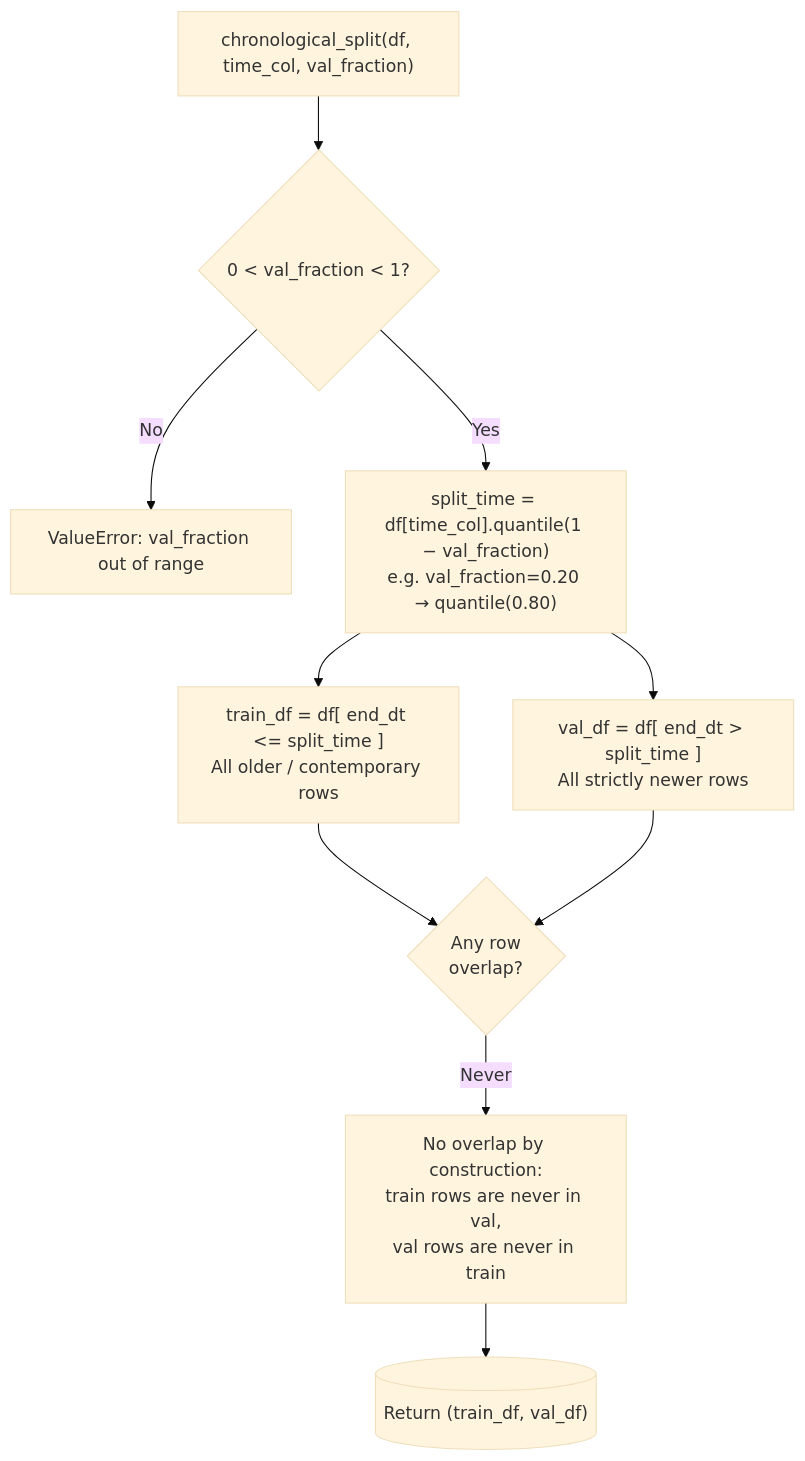
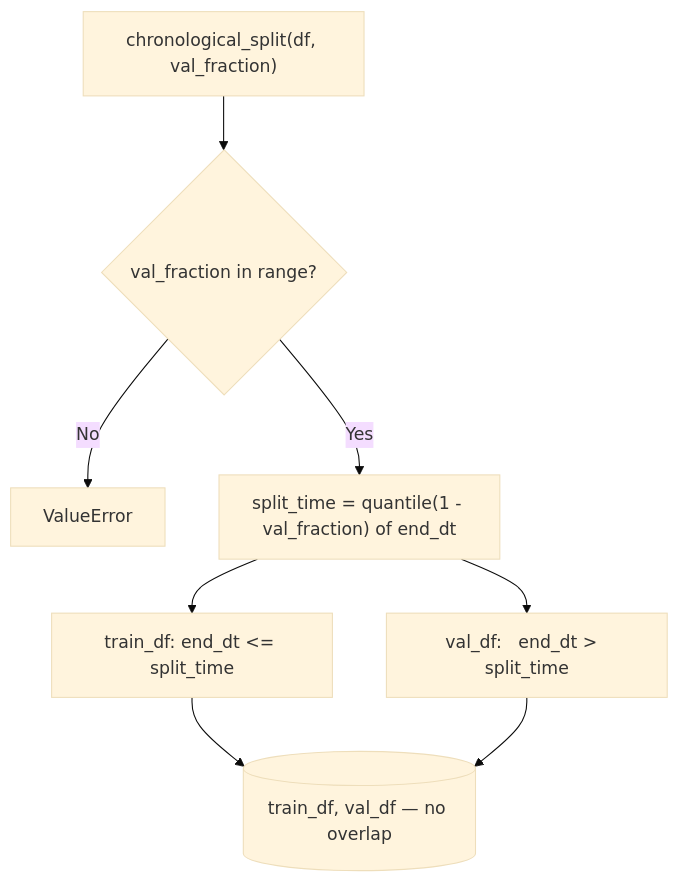
Before and after one commit to udit-asopa/data-science-assignment-nosto: the eighth of 9 diagrams in docs/06_diagrams.md, drawn with Mermaid (base theme). The commit also changed other lines of this file and 1 other file, not shown here.

````diff
--- a/docs/06_diagrams.md
+++ b/docs/06_diagrams.md
@@ -264,20 +205,14 @@
 ```mermaid
 flowchart TD
-    IN["chronological_split(df, time_col, val_fraction)"]
-    CHECK{0 < val_fraction < 1?}
-    ERR["ValueError: val_fraction out of range"]
-    QUANTILE["split_time = df[time_col].quantile(1 − val_fraction)\ne.g. val_fraction=0.20 → quantile(0.80)"]
-    TRAINDF["train_df = df[ end_dt <= split_time ]\nAll older / contemporary rows"]
-    VALDF["val_df = df[ end_dt > split_time ]\nAll strictly newer rows"]
-    NOOVERLAP{"Any row\noverlap?"}
-    SAFE["No overlap by construction:\ntrain rows are never in val,\nval rows are never in train"]
-    OUT[("Return (train_df, val_df)")]
+    IN["chronological_split(df, val_fraction)"]
+    CHK{val_fraction in range?}
+    ERR["ValueError"]
+    Q["split_time = quantile(1 - val_fraction) of end_dt"]
+    TRAIN["train_df: end_dt <= split_time"]
+    VAL["val_df:   end_dt >  split_time"]
+    OUT[("train_df, val_df — no overlap")]
 
-    IN --> CHECK
-    CHECK -->|No| ERR
-    CHECK -->|Yes| QUANTILE
-    QUANTILE --> TRAINDF & VALDF
-    TRAINDF --> NOOVERLAP
-    VALDF --> NOOVERLAP
-    NOOVERLAP -->|Never| SAFE --> OUT
+    IN --> CHK
+    CHK -->|No| ERR
+    CHK -->|Yes| Q --> TRAIN & VAL --> OUT
 ```
````
